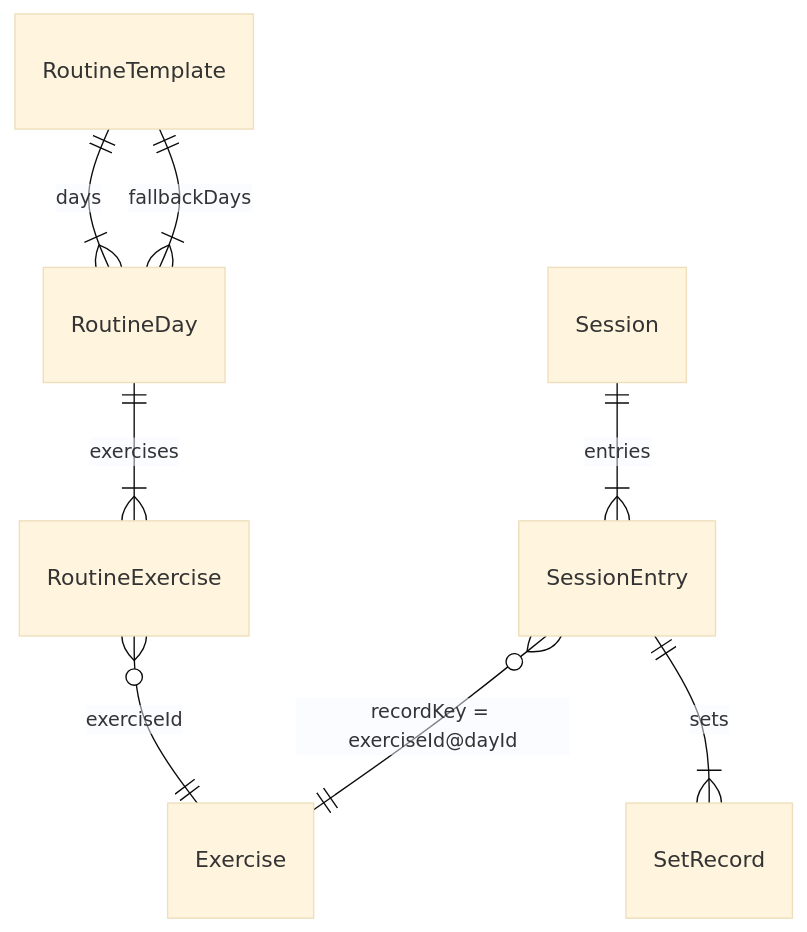
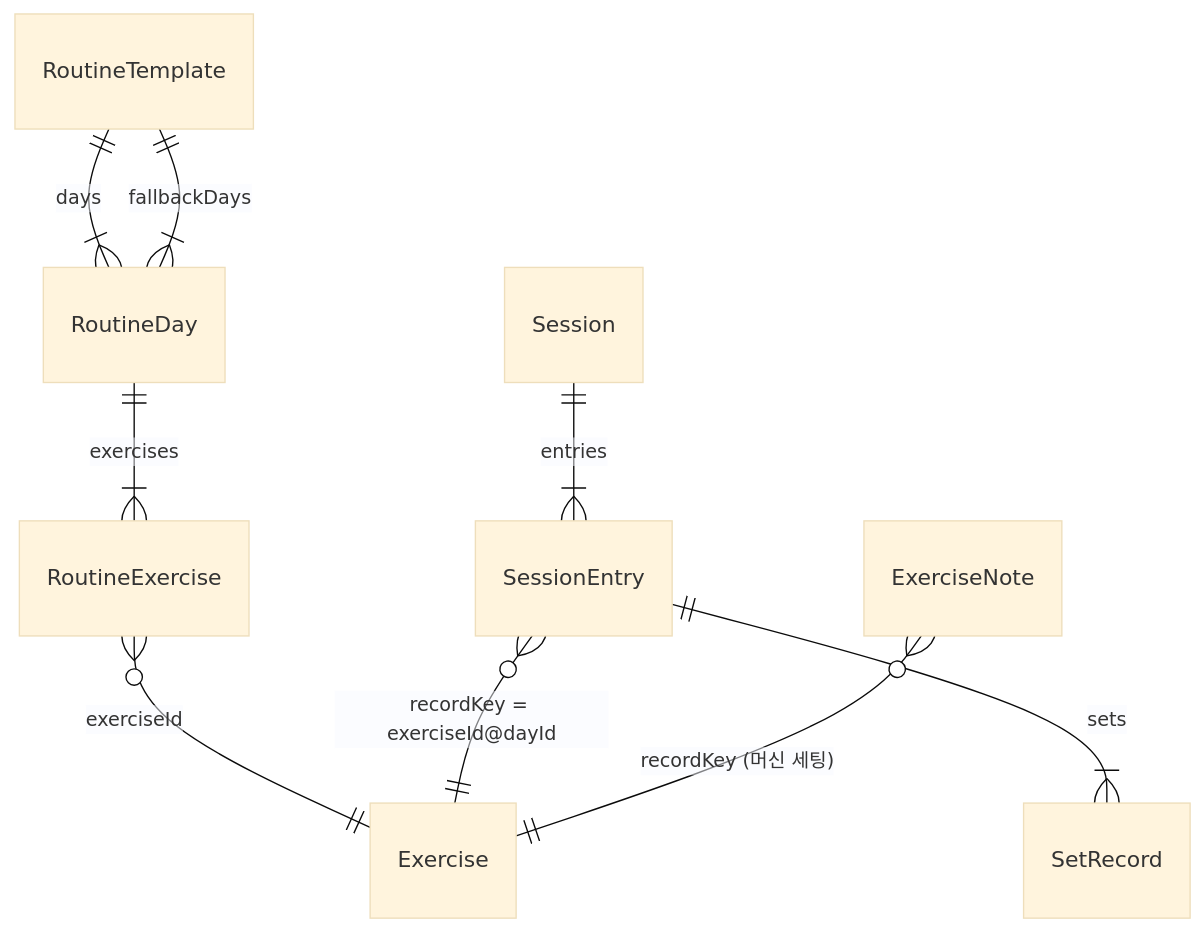
The first of 2 diagrams in README.md (Joyanggi/workout-tracker), drawn with Mermaid (base theme) before and after one commit. The commit also changed other lines of this file, not shown here.

````diff
--- a/README.md
+++ b/README.md
@@ -161,10 +173,11 @@
 ```mermaid
 erDiagram
   RoutineTemplate ||--|{ RoutineDay : days
   RoutineTemplate ||--|{ RoutineDay : fallbackDays
   RoutineDay ||--|{ RoutineExercise : exercises
   RoutineExercise }o--|| Exercise : exerciseId
   Session ||--|{ SessionEntry : entries
   SessionEntry ||--|{ SetRecord : sets
   SessionEntry }o--|| Exercise : "recordKey = exerciseId@dayId"
+  ExerciseNote }o--|| Exercise : "recordKey (머신 세팅)"
 ```
````
